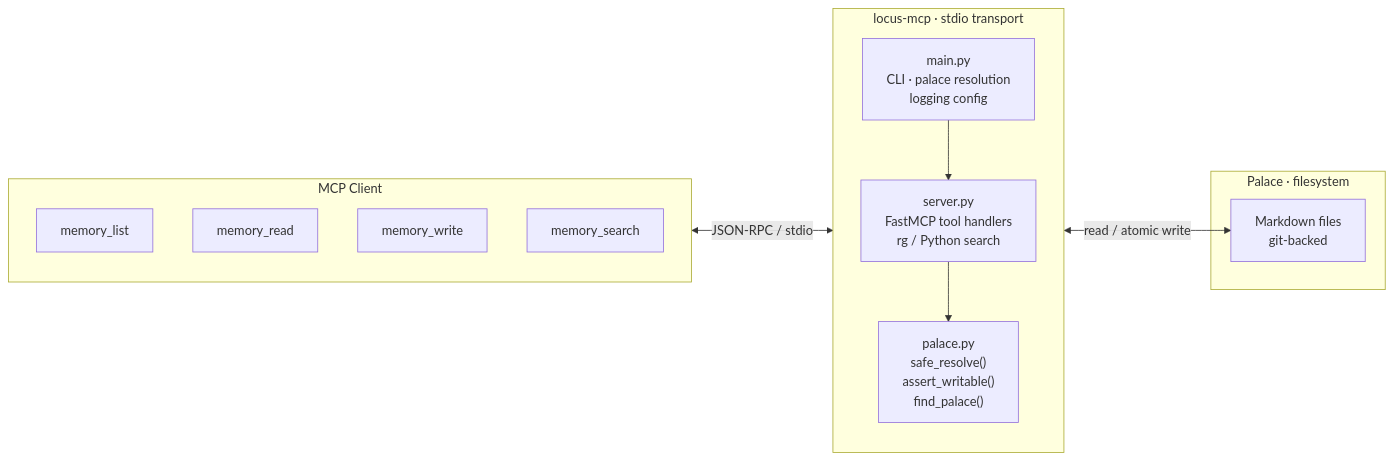
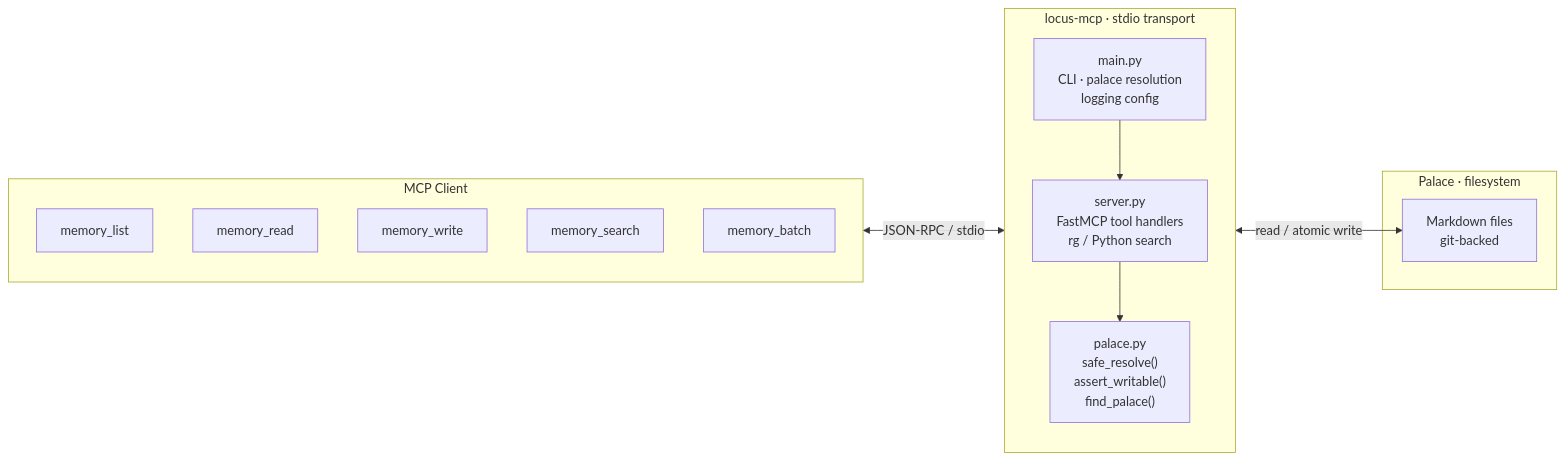
The second of 5 diagrams in docs/architecture.md (EDKarlsson/locus), drawn with Mermaid before and after one commit. The commit also changed other lines of this file and 2 other files, not shown here.

````diff
--- a/docs/architecture.md
+++ b/docs/architecture.md
@@ -38,26 +38,27 @@
 ```mermaid
 flowchart LR
     subgraph CLIENT["MCP Client"]
         direction TB
         T1["memory_list"]
         T2["memory_read"]
         T3["memory_write"]
         T4["memory_search"]
+        T5["memory_batch"]
     end
 
     subgraph SRV["locus-mcp · stdio transport"]
         direction TB
         MAIN["main.py<br/>CLI · palace resolution<br/>logging config"]
         SERVER["server.py<br/>FastMCP tool handlers<br/>rg / Python search"]
         PALACE["palace.py<br/>safe_resolve()<br/>assert_writable()<br/>find_palace()"]
     end
 
     subgraph FS["Palace · filesystem"]
         MD["Markdown files<br/>git-backed"]
     end
 
     CLIENT <-->|"JSON-RPC / stdio"| MAIN
     MAIN --> SERVER
     SERVER --> PALACE
     PALACE <-->|"read / atomic write"| MD
 ```
````
